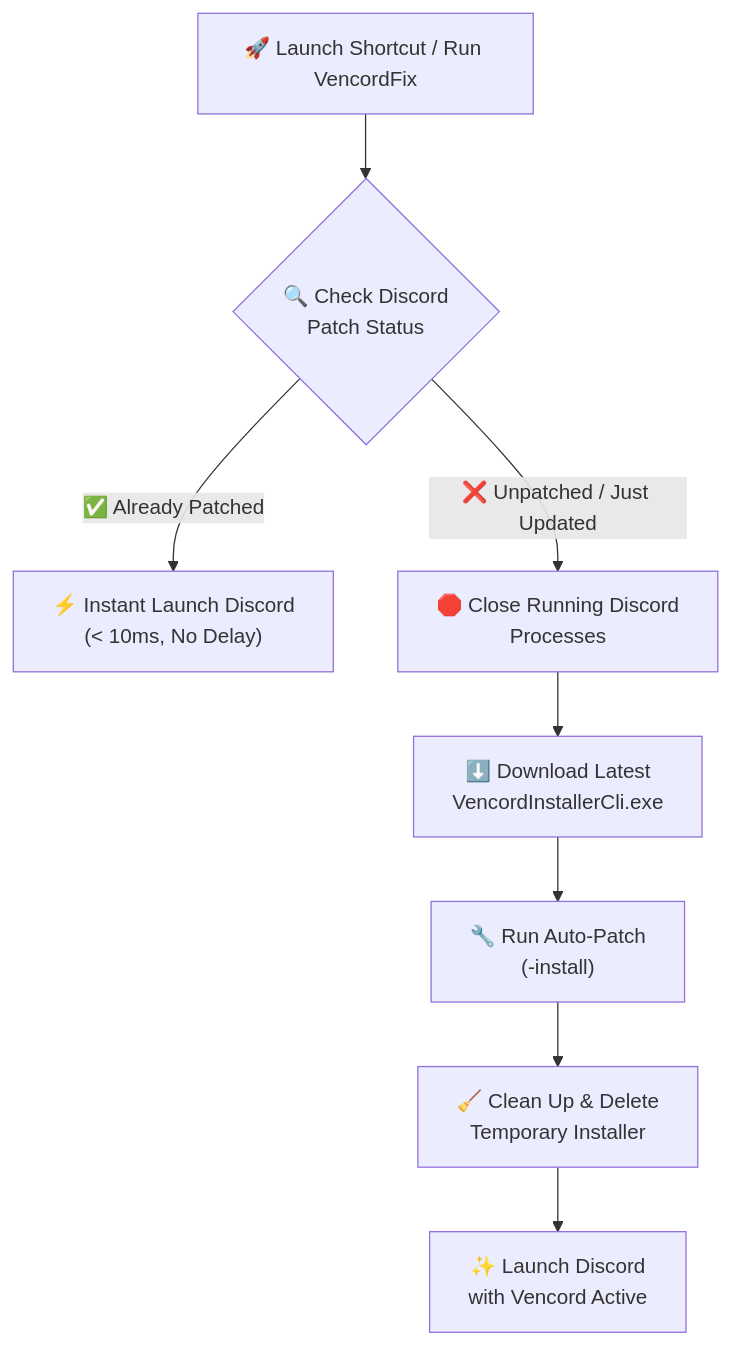
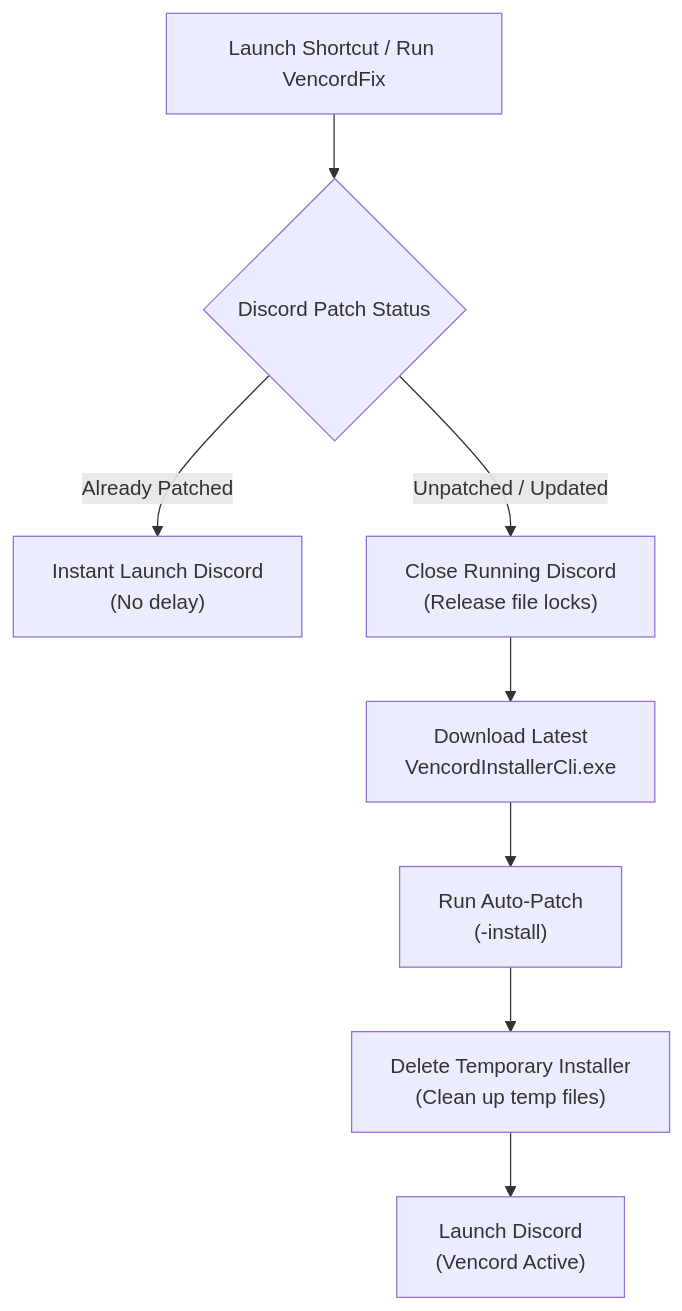
Before and after one commit to eclipse999/VencordFix: the diagram in README.md, drawn with Mermaid. The commit also changed other lines of this file and 1 other file, not shown here.

Commit message:
style: refine documentation tone, remove emoji clutter, and fix flowchart text truncation

````diff
--- a/README.md
+++ b/README.md
@@ -62,10 +58,10 @@
 ```mermaid
 flowchart TD
-    A["🚀 Launch Shortcut / Run VencordFix"] --> B{"🔍 Check Discord<br/>Patch Status"}
-    B -->|"✅ Already Patched"| C["⚡ Instant Launch Discord<br/>(&lt; 10ms, No Delay)"]
-    B -->|"❌ Unpatched / Just Updated"| D["🛑 Close Running Discord<br/>Processes"]
-    D --> E["⬇️ Download Latest<br/>VencordInstallerCli.exe"]
-    E --> F["🔧 Run Auto-Patch<br/>(-install)"]
-    F --> G["🧹 Clean Up & Delete<br/>Temporary Installer"]
-    G --> H["✨ Launch Discord<br/>with Vencord Active"]
+    A["Launch Shortcut / Run VencordFix"] --> B{"Discord Patch Status"}
+    B -->|Already Patched| C["Instant Launch Discord<br/>(No delay)"]
+    B -->|Unpatched / Updated| D["Close Running Discord<br/>(Release file locks)"]
+    D --> E["Download Latest<br/>VencordInstallerCli.exe"]
+    E --> F["Run Auto-Patch<br/>(-install)"]
+    F --> G["Delete Temporary Installer<br/>(Clean up temp files)"]
+    G --> H["Launch Discord<br/>(Vencord Active)"]
 ```
````
